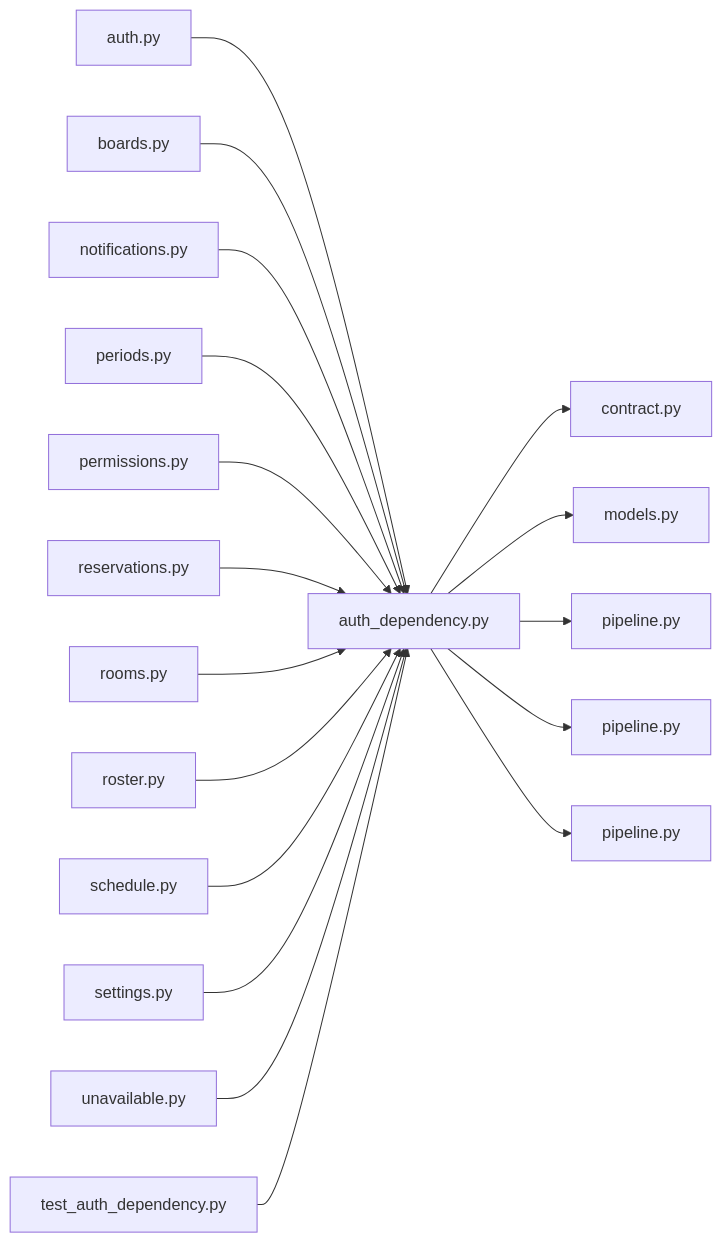
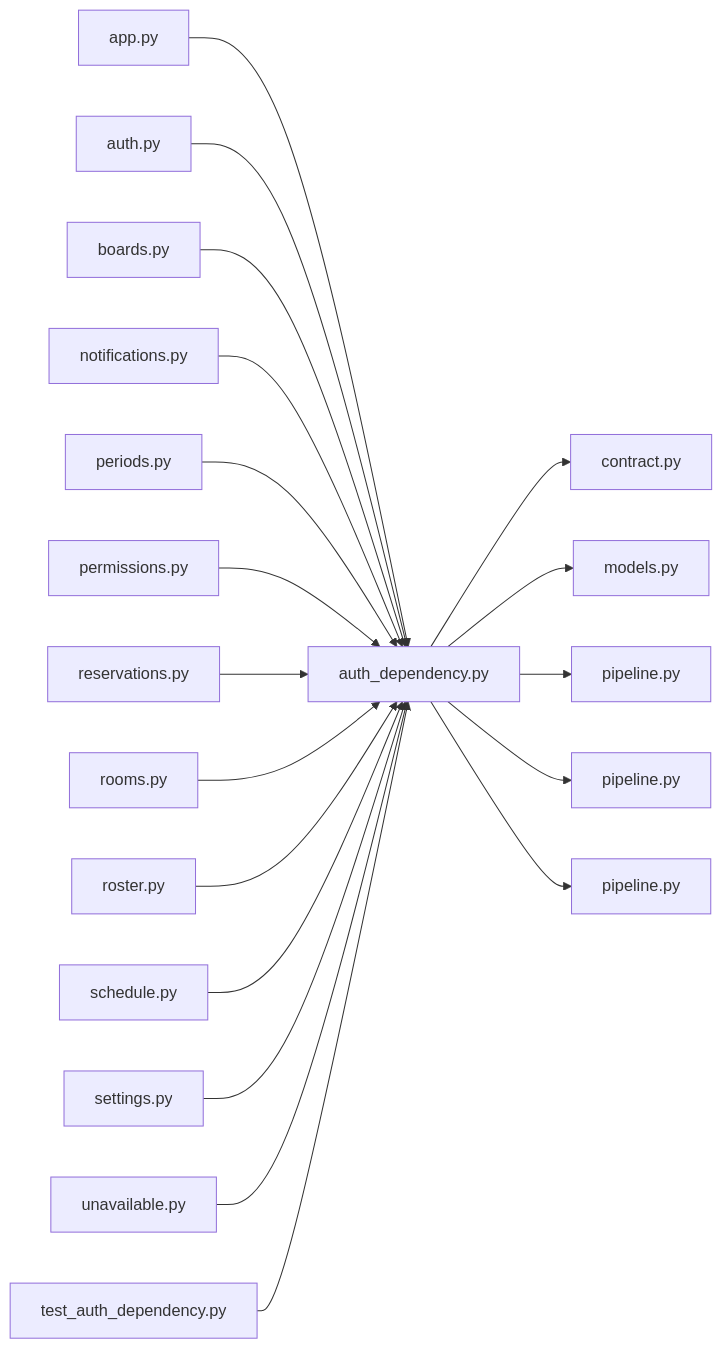
Before and after one commit to minkong-dev/Banblit: the diagram in .cluedoc/graph/backend/src/backend/api/auth_dependency.md, drawn with Mermaid. The commit also changed other lines of this file and 47 other files, not shown here.

````diff
--- a/.cluedoc/graph/backend/src/backend/api/auth_dependency.md
+++ b/.cluedoc/graph/backend/src/backend/api/auth_dependency.md
@@ -10,21 +10,22 @@
 ```mermaid
 flowchart LR
   backend_src_backend_api_auth_dependency["auth_dependency.py"]
   backend_src_backend_api_auth_dependency --> backend_src_backend_contract["contract.py"]
   backend_src_backend_api_auth_dependency --> backend_src_backend_db_models["models.py"]
   backend_src_backend_api_auth_dependency --> backend_src_backend_db_pipeline["pipeline.py"]
   backend_src_backend_api_auth_dependency --> backend_src_backend_services_auth_pipeline["pipeline.py"]
   backend_src_backend_api_auth_dependency --> backend_src_backend_services_permission_pipeline["pipeline.py"]
+  backend_src_backend_api_app["app.py"] --> backend_src_backend_api_auth_dependency
   backend_src_backend_api_routers_auth["auth.py"] --> backend_src_backend_api_auth_dependency
   backend_src_backend_api_routers_boards["boards.py"] --> backend_src_backend_api_auth_dependency
   backend_src_backend_api_routers_notifications["notifications.py"] --> backend_src_backend_api_auth_dependency
   backend_src_backend_api_routers_periods["periods.py"] --> backend_src_backend_api_auth_dependency
   backend_src_backend_api_routers_permissions["permissions.py"] --> backend_src_backend_api_auth_dependency
   backend_src_backend_api_routers_reservations["reservations.py"] --> backend_src_backend_api_auth_dependency
   backend_src_backend_api_routers_rooms["rooms.py"] --> backend_src_backend_api_auth_dependency
   backend_src_backend_api_routers_roster["roster.py"] --> backend_src_backend_api_auth_dependency
   backend_src_backend_api_routers_schedule["schedule.py"] --> backend_src_backend_api_auth_dependency
   backend_src_backend_api_routers_settings["settings.py"] --> backend_src_backend_api_auth_dependency
   backend_src_backend_api_routers_unavailable["unavailable.py"] --> backend_src_backend_api_auth_dependency
   backend_tests_unit_test_auth_dependency["test_auth_dependency.py"] --> backend_src_backend_api_auth_dependency
 ```
````
